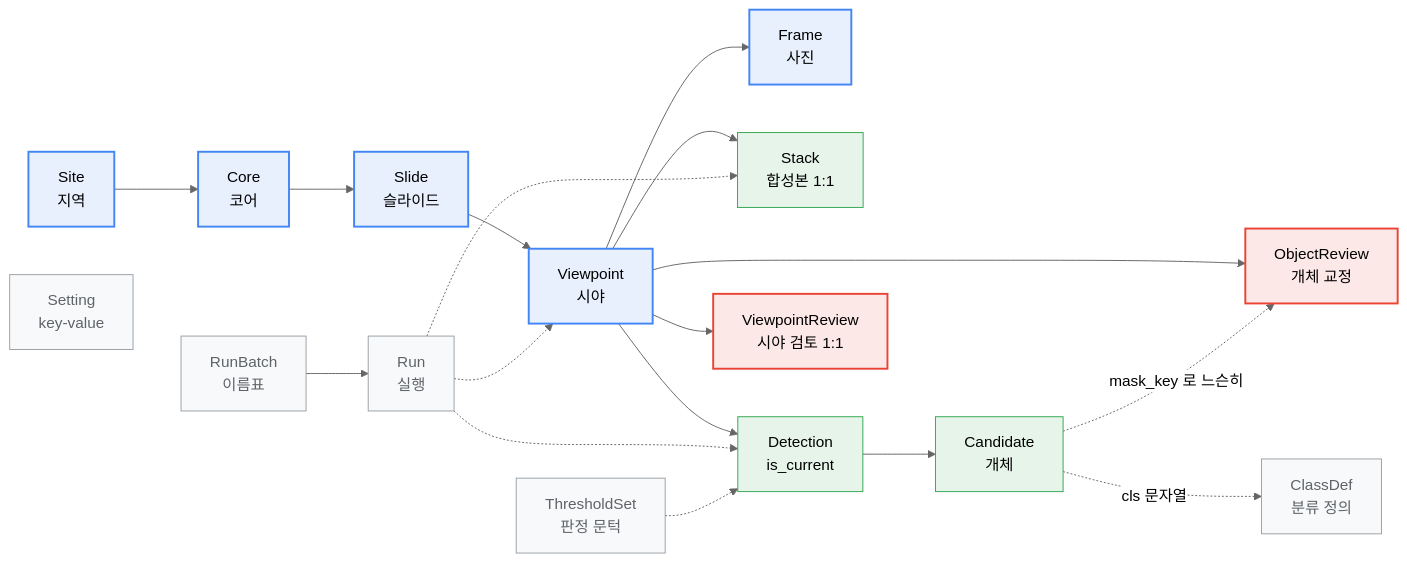
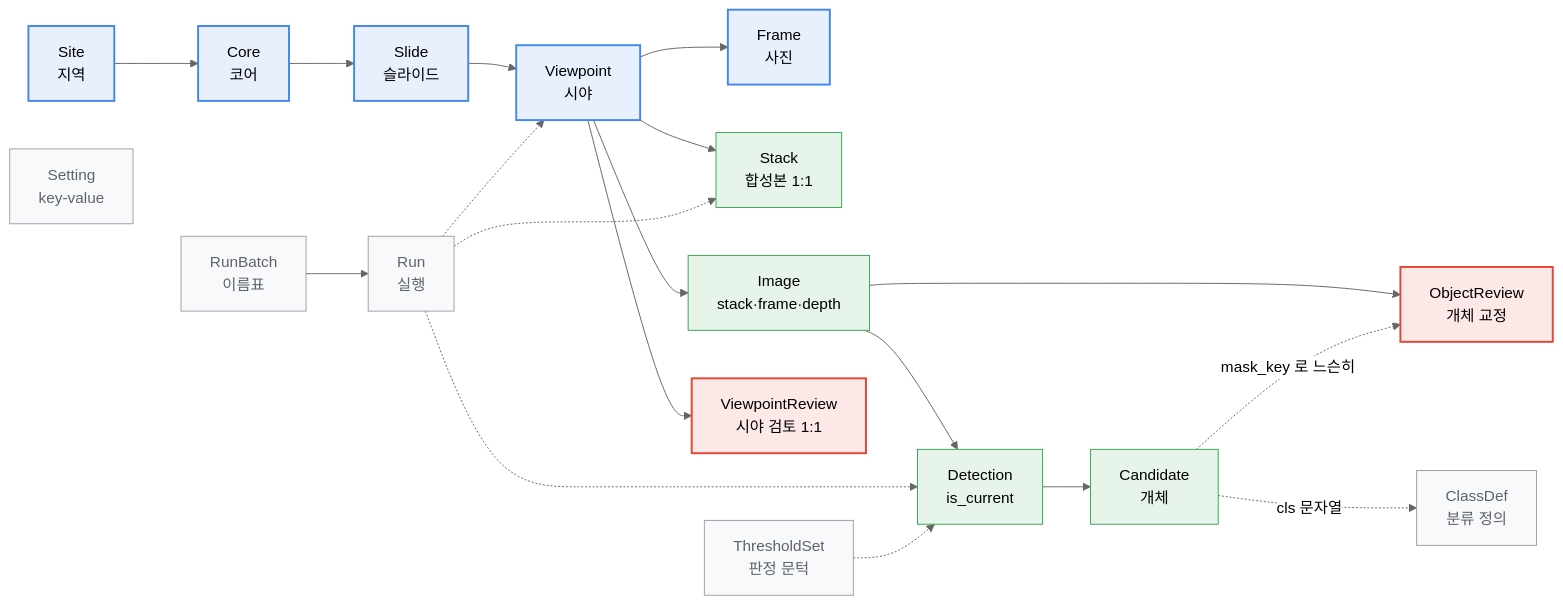
The first of 5 diagrams in docs/20260804_db-erd-poster.md (jikhanjung/DiaRUGA), drawn with Mermaid (neutral theme) before and after one commit. The commit also changed other lines of this file and 23 other files, not shown here.

````diff
--- a/docs/20260804_db-erd-poster.md
+++ b/docs/20260804_db-erd-poster.md
@@ -18,26 +18,26 @@
 ```mermaid
 flowchart LR
     Site[Site<br/>지역] --> Core[Core<br/>코어] --> Slide[Slide<br/>슬라이드]
     Slide --> VP[Viewpoint<br/>시야] --> Frame[Frame<br/>사진]
     VP --> Stack[Stack<br/>합성본 1:1]
-    VP --> Det[Detection<br/>is_current] --> Cand[Candidate<br/>개체]
+    VP --> Img[Image<br/>stack·frame·depth] --> Det[Detection<br/>is_current] --> Cand[Candidate<br/>개체]
     VP --> VR[ViewpointReview<br/>시야 검토 1:1]
-    VP --> OR[ObjectReview<br/>개체 교정]
+    Img --> OR[ObjectReview<br/>개체 교정]
     Cand -. "mask_key 로 느슨히" .-> OR
     Cand -. "cls 문자열" .-> CD[ClassDef<br/>분류 정의]
     RB[RunBatch<br/>이름표] --> Run[Run<br/>실행]
     Run -.-> Det
     Run -.-> Stack
     Run -.-> VP
     TS[ThresholdSet<br/>판정 문턱] -.-> Det
     ST[Setting<br/>key-value]
 
     classDef stem fill:#e8f0fe,stroke:#4285f4,stroke-width:2px
     classDef human fill:#fce8e6,stroke:#ea4335,stroke-width:2px
     classDef det fill:#e6f4ea,stroke:#34a853
     classDef side fill:#f8f9fa,stroke:#9aa0a6,color:#5f6368
     class Site,Core,Slide,VP,Frame stem
     class OR,VR human
-    class Det,Cand,Stack det
+    class Det,Cand,Stack,Img det
     class RB,Run,TS,CD,ST side
 ```
````
